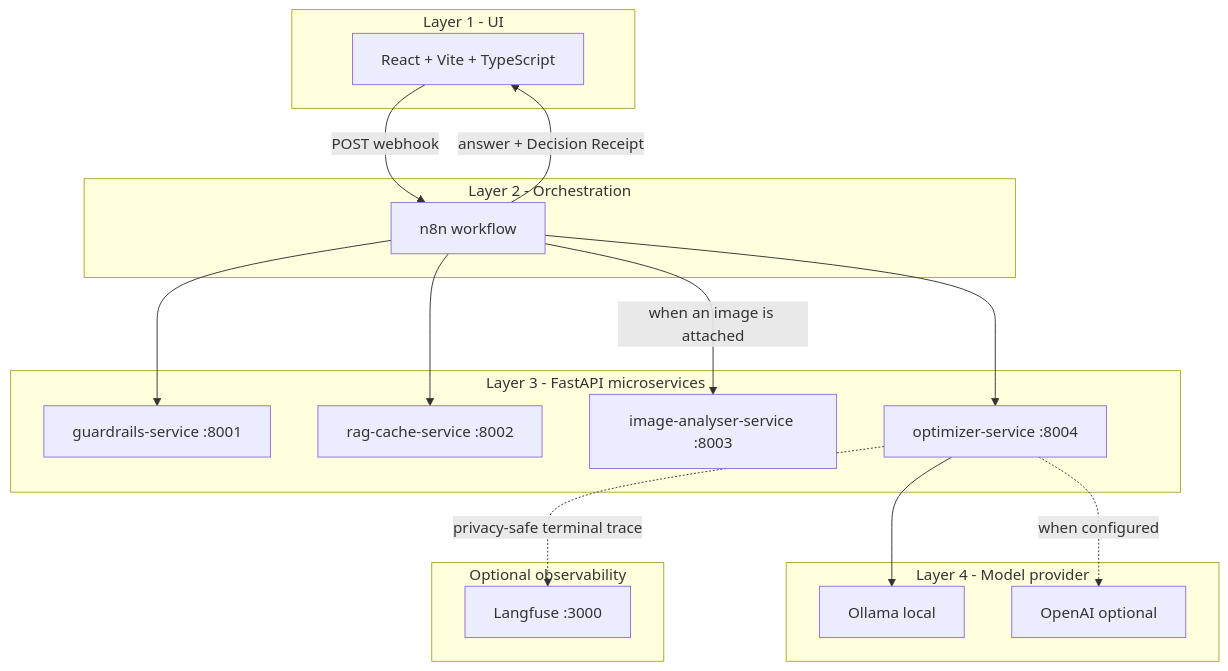
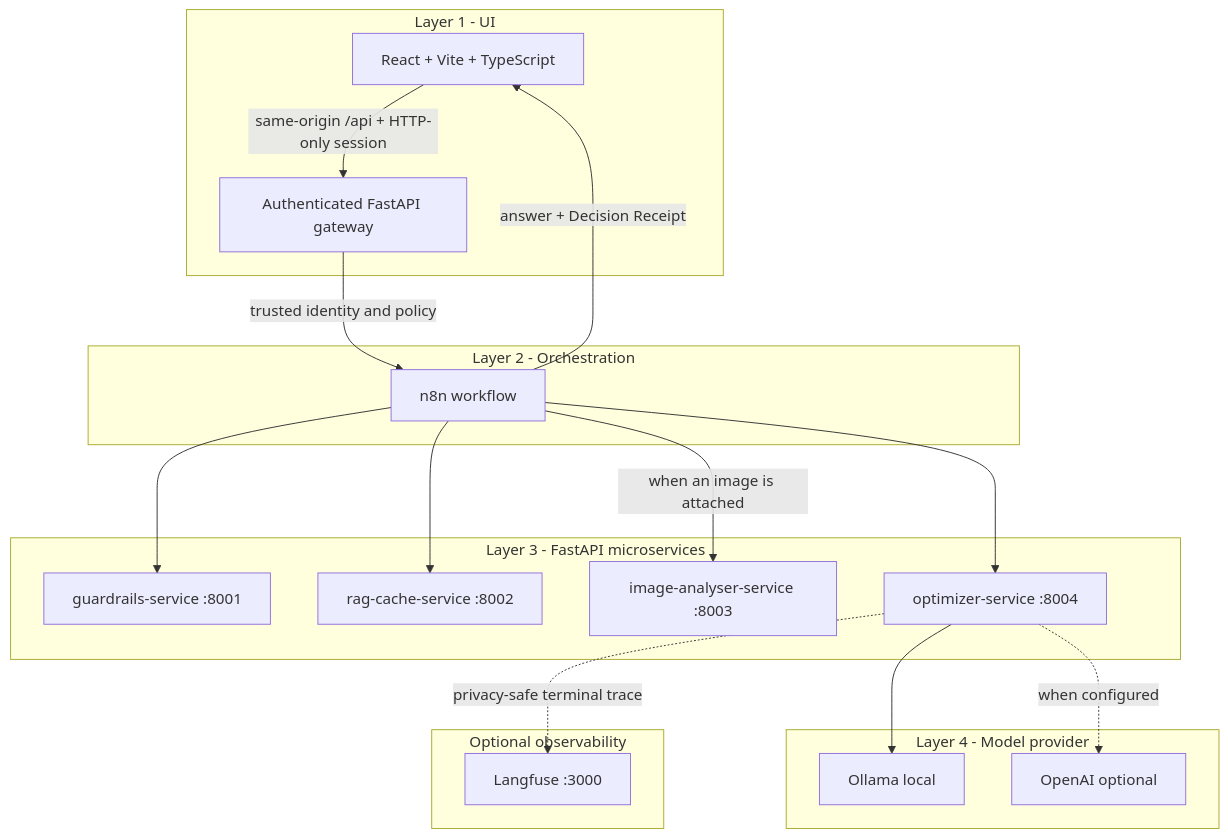
One commit to tomeryoel/tokenwise changed the diagram in README.md. Above: the diagram before and after it, drawn with Mermaid. The commit also changed other lines of this file and 5 other files, not shown here.

Commit message:
docs(security): document private multi-user architecture

````diff
--- a/README.md
+++ b/README.md
@@ -24,32 +27,34 @@
 ```mermaid
 flowchart TB
     subgraph L1 [Layer 1 - UI]
         UI["React + Vite + TypeScript"]
+        GW["Authenticated FastAPI gateway"]
     end
     subgraph L2 [Layer 2 - Orchestration]
         N8N["n8n workflow"]
     end
     subgraph L3 [Layer 3 - FastAPI microservices]
         GR["guardrails-service :8001"]
         RAG["rag-cache-service :8002"]
         IMG["image-analyser-service :8003"]
         OPT["optimizer-service :8004"]
     end
     subgraph L4 [Layer 4 - Model provider]
         OLLAMA["Ollama local"]
         OPENAI["OpenAI optional"]
     end
     subgraph OBS [Optional observability]
         LF["Langfuse :3000"]
     end
 
-    UI -->|POST webhook| N8N
+    UI -->|same-origin /api + HTTP-only session| GW
+    GW -->|trusted identity and policy| N8N
     N8N --> GR
     N8N --> RAG
     N8N --> OPT
     N8N -->|when an image is attached| IMG
     OPT --> OLLAMA
     OPT -. when configured .-> OPENAI
     OPT -. privacy-safe terminal trace .-> LF
     N8N -->|answer + Decision Receipt| UI
 ```
````
